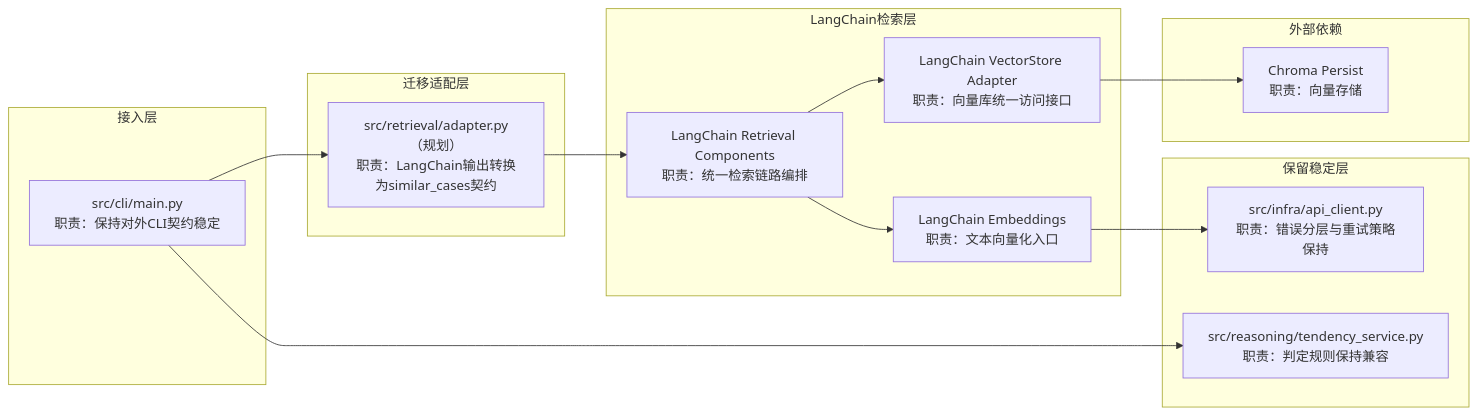
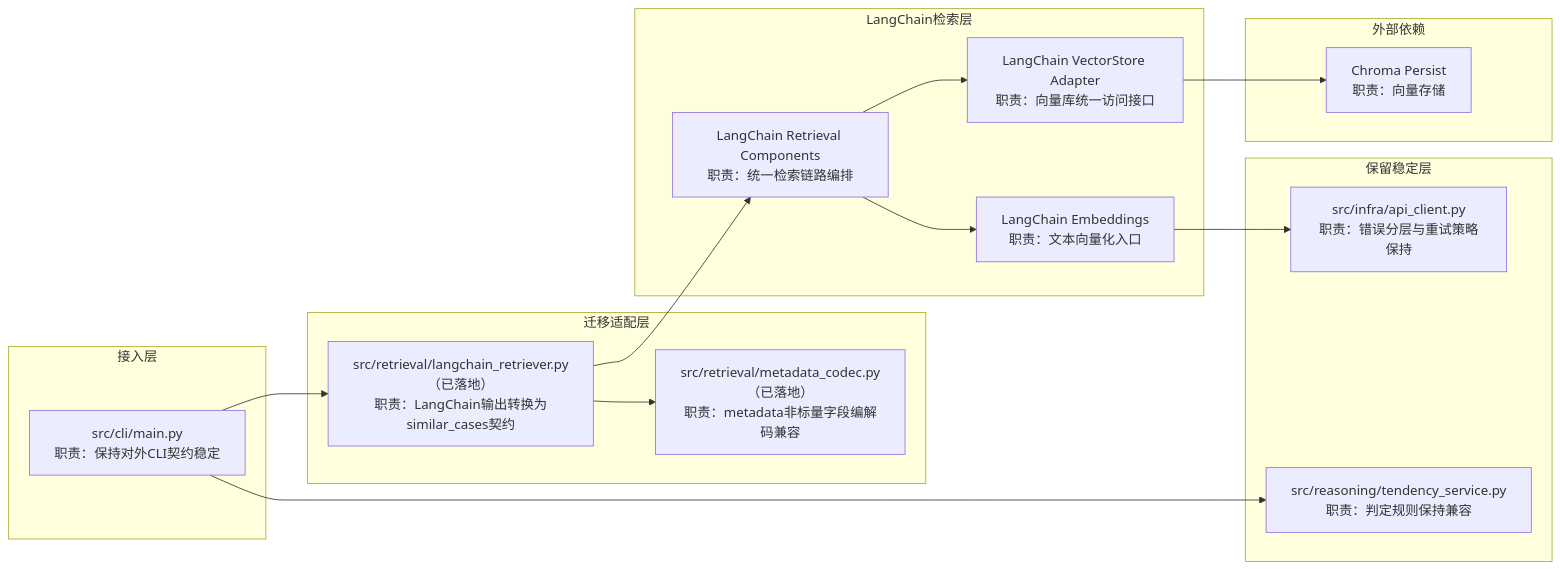
Before and after one commit to d3f4w2/vibe_rag: the third of 3 diagrams in memory-bank/architecture.md, drawn with Mermaid. The commit also changed other lines of this file and 12 other files, not shown here.

````diff
--- a/memory-bank/architecture.md
+++ b/memory-bank/architecture.md
@@ -114,33 +121,35 @@
 ```mermaid
 flowchart LR
     subgraph ENTRY[接入层]
         CLI["src/cli/main.py<br/>职责：保持对外CLI契约稳定"]
     end
 
     subgraph ADP[迁移适配层]
-        ADAPTER["src/retrieval/adapter.py（规划）<br/>职责：LangChain输出转换为similar_cases契约"]
+        ADAPTER["src/retrieval/langchain_retriever.py（已落地）<br/>职责：LangChain输出转换为similar_cases契约"]
+        CODEC["src/retrieval/metadata_codec.py（已落地）<br/>职责：metadata非标量字段编解码兼容"]
     end
 
     subgraph LC[LangChain检索层]
         LC_RET["LangChain Retrieval Components<br/>职责：统一检索链路编排"]
         LC_EMB["LangChain Embeddings<br/>职责：文本向量化入口"]
         LC_VS["LangChain VectorStore Adapter<br/>职责：向量库统一访问接口"]
     end
 
     subgraph STABLE[保留稳定层]
         API["src/infra/api_client.py<br/>职责：错误分层与重试策略保持"]
         REASON["src/reasoning/tendency_service.py<br/>职责：判定规则保持兼容"]
     end
 
     subgraph EXT[外部依赖]
         CHROMA["Chroma Persist<br/>职责：向量存储"]
     end
 
     CLI --> ADAPTER
+    ADAPTER --> CODEC
     ADAPTER --> LC_RET
     LC_RET --> LC_EMB
     LC_RET --> LC_VS
     LC_EMB --> API
     LC_VS --> CHROMA
     CLI --> REASON
 ```
````
